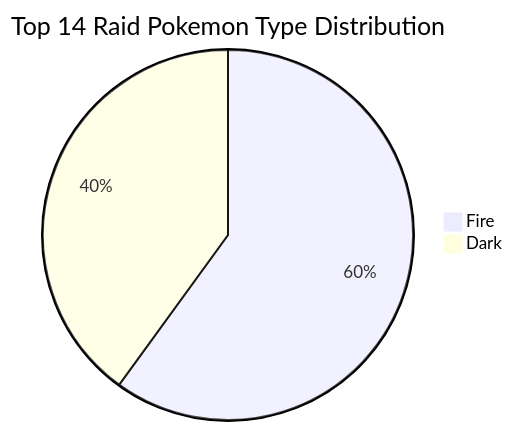
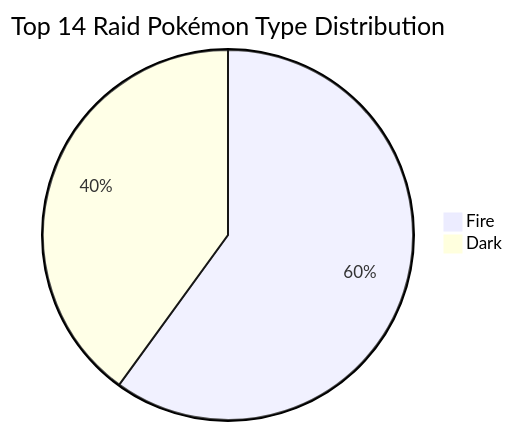
Before and after one commit to austinTracy7/TestingArea: the fourth of 4 diagrams in mermaidTesting.md, drawn with Mermaid.

````diff
--- a/mermaidTesting.md
+++ b/mermaidTesting.md
@@ -25,6 +25,6 @@
 ```mermaid
 pie
-    title Top 14 Raid Pokemon Type Distribution
+    title Top 14 Raid Pokémon Type Distribution
     "Fire": 3
     "Dark": 2 
 ```
````
